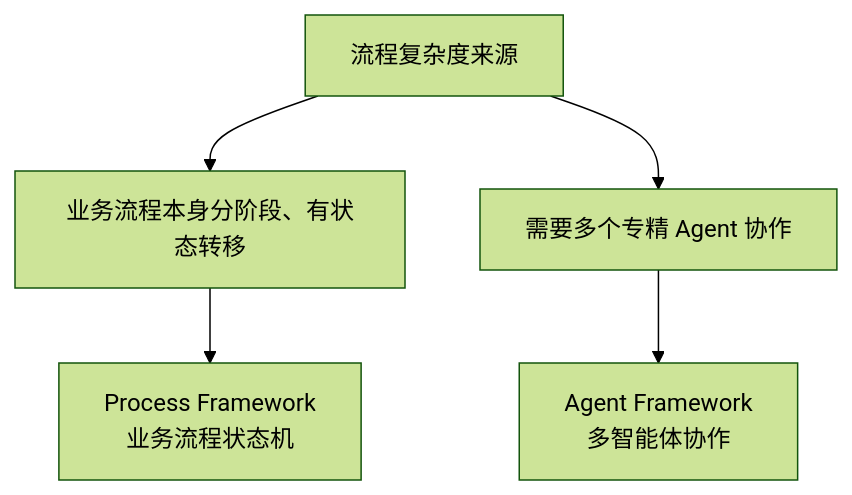
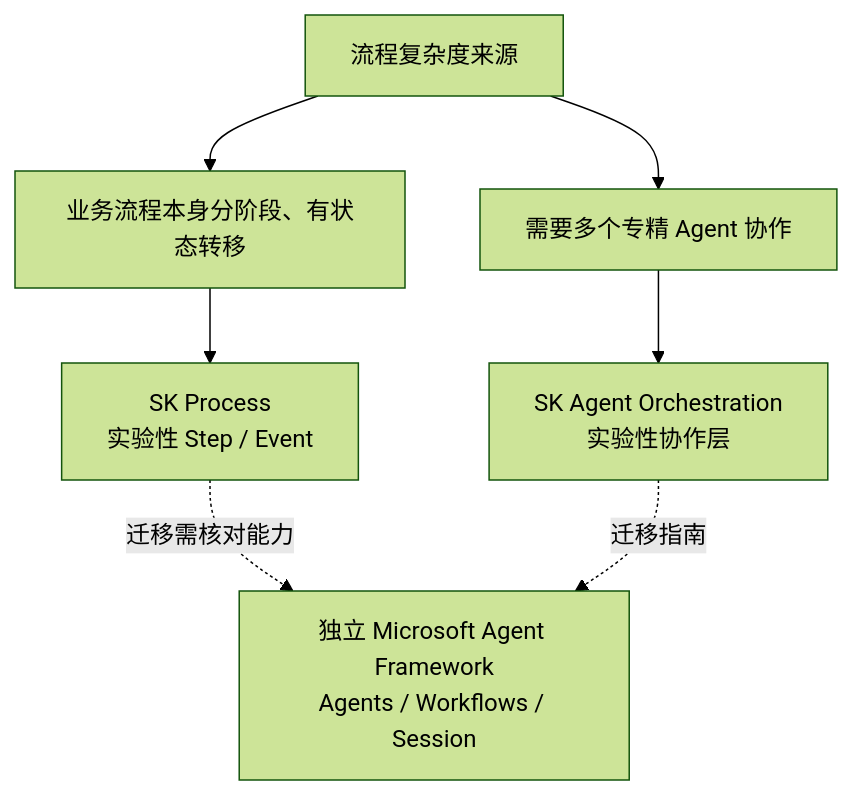
Before and after one commit to oneleaveknowsthefall/awesome-ai-roadmap: the diagram in docs/frameworks/04-semantic-kernel/19-process-and-agent-framework.md, drawn with Mermaid (forest theme). The commit also changed other lines of this file and 61 other files, not shown here.

````diff
--- a/docs/frameworks/04-semantic-kernel/19-process-and-agent-framework.md
+++ b/docs/frameworks/04-semantic-kernel/19-process-and-agent-framework.md
@@ -10,7 +15,9 @@
 ```mermaid
 flowchart TB
     C["流程复杂度来源"] --> B1["业务流程本身分阶段、有状态转移"]
     C --> B2["需要多个专精 Agent 协作"]
-    B1 --> PF["Process Framework<br/>业务流程状态机"]
-    B2 --> AF["Agent Framework<br/>多智能体协作"]
+    B1 --> PF["SK Process<br/>实验性 Step / Event"]
+    B2 --> AF["SK Agent Orchestration<br/>实验性协作层"]
+    PF -.迁移需核对能力.-> MAF["独立 Microsoft Agent Framework<br/>Agents / Workflows / Session"]
+    AF -.迁移指南.-> MAF
 ```
````
